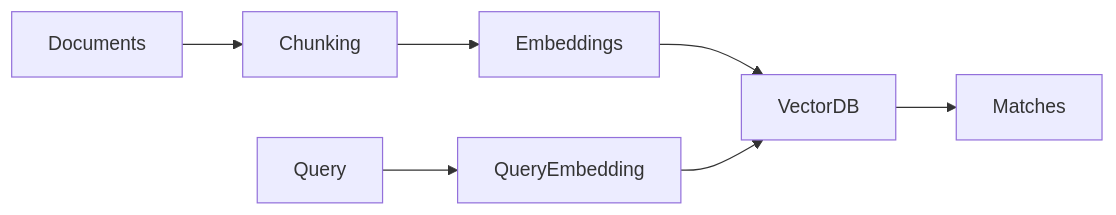
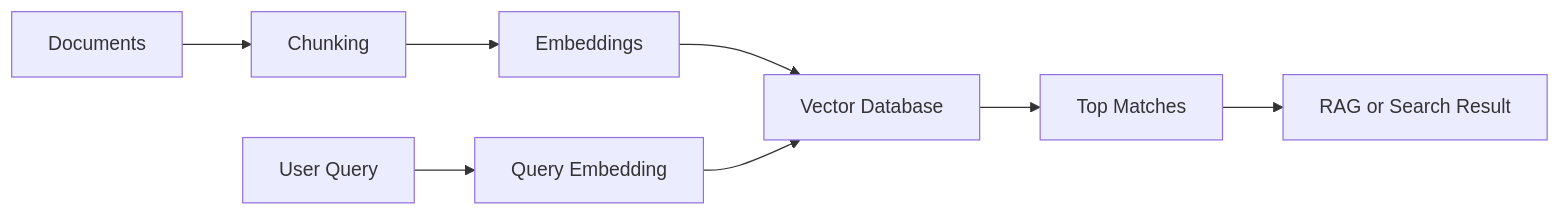
Before and after one commit to Asabeneh/30-Days-Of-AI-Engineering: the first of 5 diagrams in day_16/day_16_vector_databases.md, drawn with Mermaid. The commit also changed other lines of this file, not shown here.

````diff
--- a/day_16/day_16_vector_databases.md
+++ b/day_16/day_16_vector_databases.md
@@ -25,9 +43,10 @@
 ```mermaid
-graph LR
-    Documents --> Chunking
-    Chunking --> Embeddings
-    Embeddings --> VectorDB
-    Query --> QueryEmbedding
-    QueryEmbedding --> VectorDB
-    VectorDB --> Matches
+flowchart LR
+    A[Documents] --> B[Chunking]
+    B --> C[Embeddings]
+    C --> D[Vector Database]
+    E[User Query] --> F[Query Embedding]
+    F --> D
+    D --> G[Top Matches]
+    G --> H[RAG or Search Result]
 ```
````
